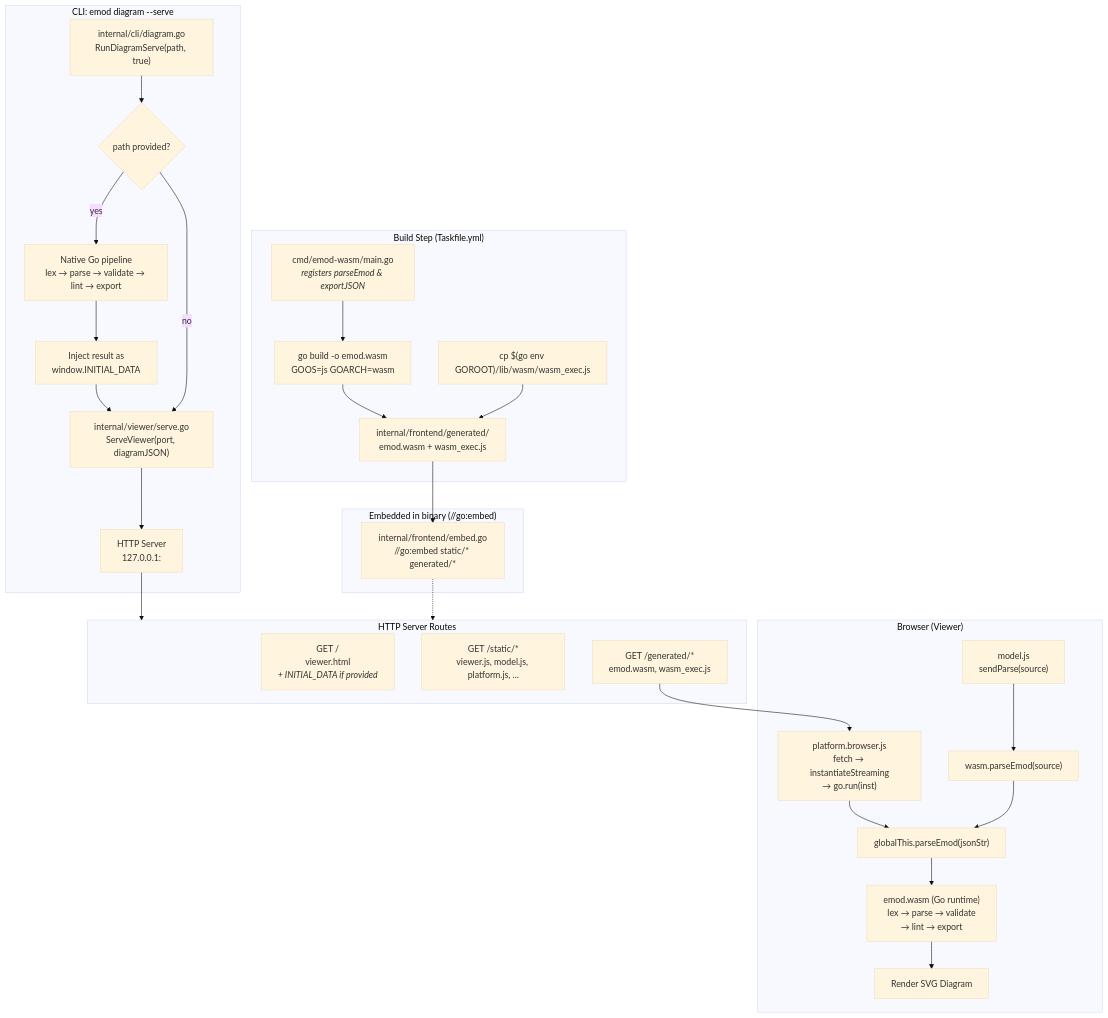
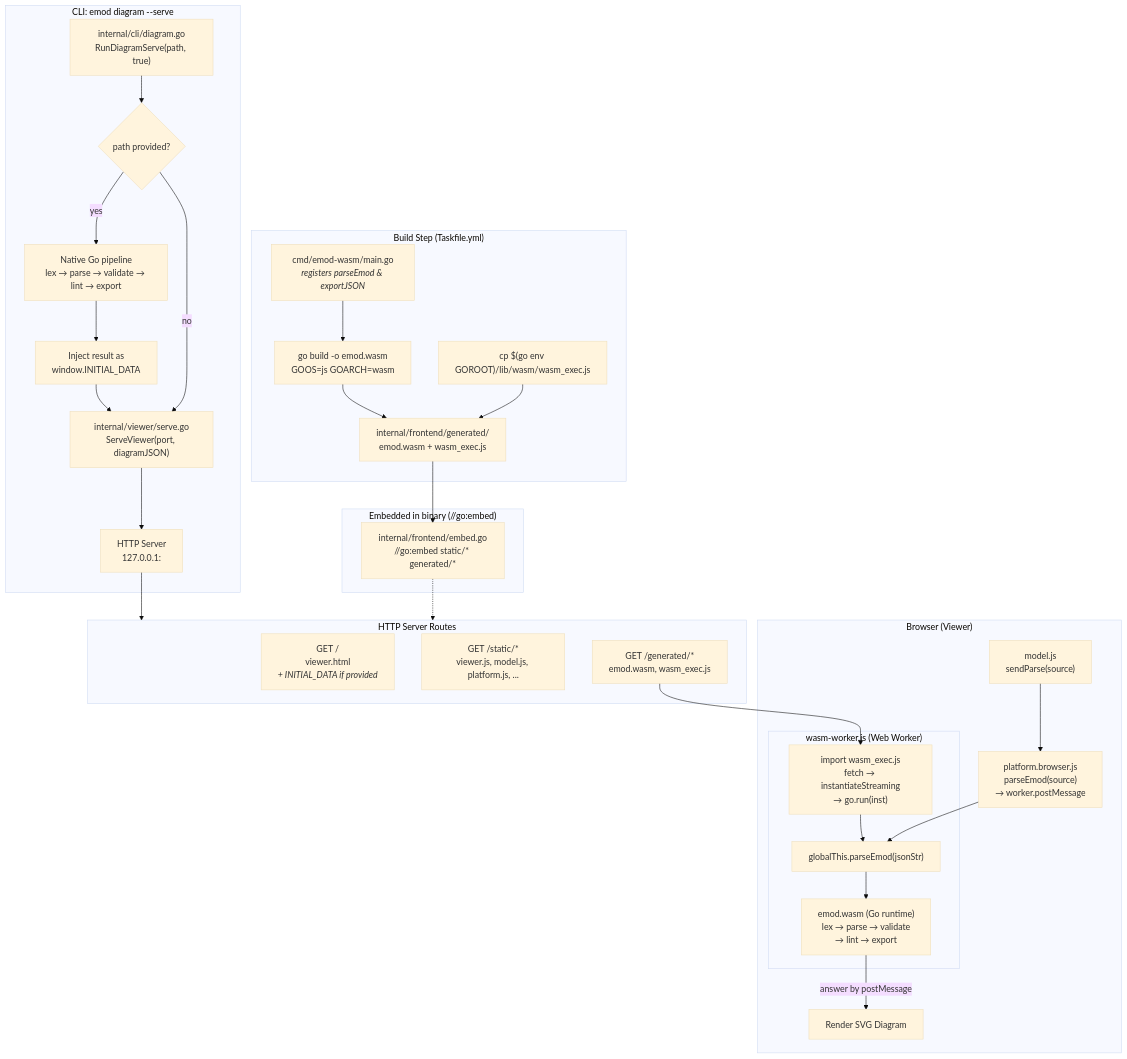
The diagram in docs/wasm-architecture.md (hpcsc/emod), drawn with Mermaid (base theme) before and after one commit. The commit also changed other lines of this file and 16 other files, not shown here.

First line of the commit message:
Parse the viewer's model in a Web Worker

````diff
--- a/docs/wasm-architecture.md
+++ b/docs/wasm-architecture.md
@@ -3,53 +3,56 @@
 ```mermaid
 flowchart TB
     subgraph Build["Build Step (Taskfile.yml)"]
         A["cmd/emod-wasm/main.go<br/><i>registers parseEmod &amp; exportJSON</i>"]
         B["go build -o emod.wasm<br/>GOOS=js GOARCH=wasm"]
         C["cp $(go env GOROOT)/lib/wasm/wasm_exec.js"]
         D["internal/frontend/generated/<br/>emod.wasm + wasm_exec.js"]
         A --> B --> D
         C --> D
     end
 
     subgraph CLI["CLI: emod diagram --serve"]
         E["internal/cli/diagram.go<br/>RunDiagramServe(path, true)"]
         F{"path provided?"}
         G["Native Go pipeline<br/>lex → parse → validate → lint → export"]
         H["Inject result as<br/>window.INITIAL_DATA"]
         I["internal/viewer/serve.go<br/>ServeViewer(port, diagramJSON)"]
         J["HTTP Server<br/>127.0.0.1:<port>"]
 
         E --> F
         F -- yes --> G --> H --> I
         F -- no --> I
         I --> J
     end
 
     subgraph Server["HTTP Server Routes"]
         K["GET /<br/>viewer.html<br/><i>+ INITIAL_DATA if provided</i>"]
         L["GET /static/*<br/>viewer.js, model.js, platform.js, ..."]
         M["GET /generated/*<br/>emod.wasm, wasm_exec.js"]
     end
 
     J --> Server
 
     subgraph Browser["Browser (Viewer)"]
-        N["platform.browser.js<br/>fetch → instantiateStreaming<br/>→ go.run(inst)"]
         O["model.js<br/>sendParse(source)"]
-        P["wasm.parseEmod(source)"]
-        Q["globalThis.parseEmod(jsonStr)"]
-        R["emod.wasm (Go runtime)<br/>lex → parse → validate<br/>→ lint → export"]
+        P["platform.browser.js<br/>parseEmod(source)<br/>→ worker.postMessage"]
+        subgraph Worker["wasm-worker.js (Web Worker)"]
+            N["import wasm_exec.js<br/>fetch → instantiateStreaming<br/>→ go.run(inst)"]
+            Q["globalThis.parseEmod(jsonStr)"]
+            R["emod.wasm (Go runtime)<br/>lex → parse → validate<br/>→ lint → export"]
+        end
         S["Render SVG Diagram"]
     end
 
     M --> N
     N --> Q
-    O --> P --> Q --> R --> S
+    O --> P --> Q --> R
+    R -- "answer by postMessage" --> S
 
     subgraph Files["Embedded in binary (//go:embed)"]
         T["internal/frontend/embed.go<br/>//go:embed static/* generated/*"]
     end
 
     D --> T
     T -.-> Server
 ```
````
